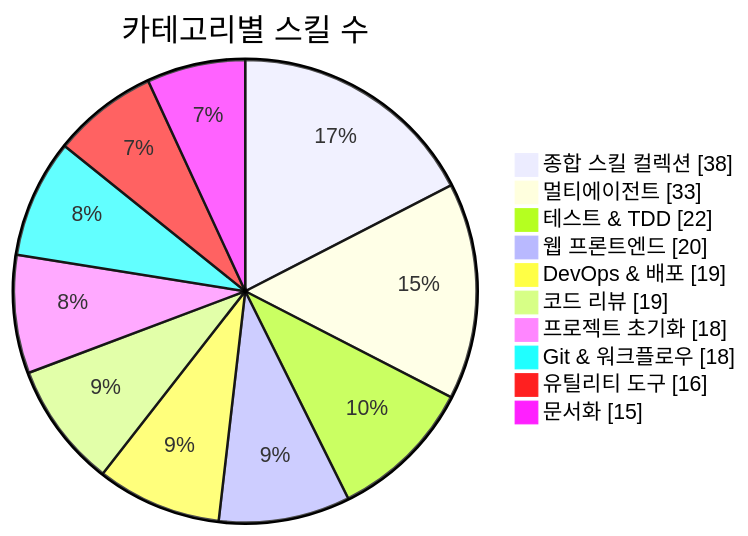
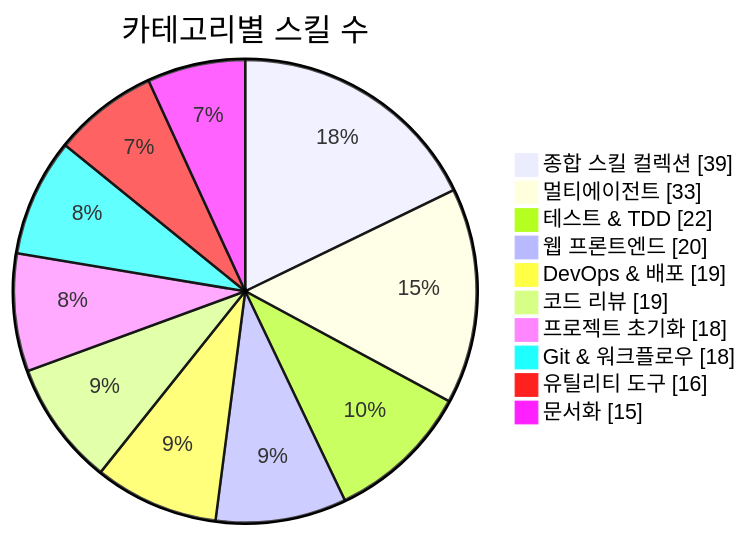
The first of 3 diagrams in README.md (J-nowcow/awesome-korean-agent-skills), drawn with Mermaid before and after one commit. The commit also changed other lines of this file and 3 other files, not shown here.

````diff
--- a/README.md
+++ b/README.md
@@ -176,14 +176,14 @@
 ```mermaid
 pie showData
     title 카테고리별 스킬 수
-    "종합 스킬 컬렉션" : 38
+    "종합 스킬 컬렉션" : 39
     "멀티에이전트" : 33
     "테스트 & TDD" : 22
     "웹 프론트엔드" : 20
     "DevOps & 배포" : 19
     "코드 리뷰" : 19
     "프로젝트 초기화" : 18
     "Git & 워크플로우" : 18
     "유틸리티 도구" : 16
     "문서화" : 15
 ```
````
